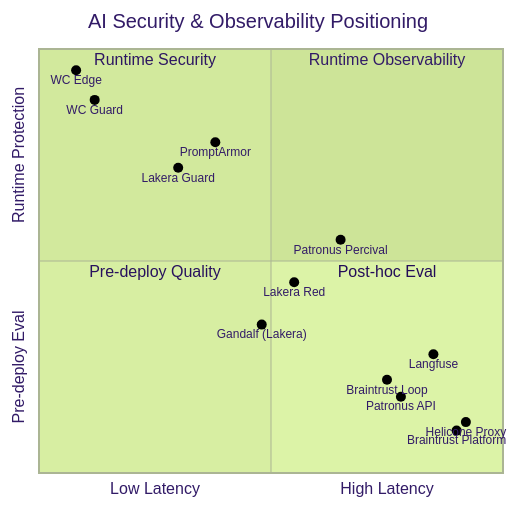
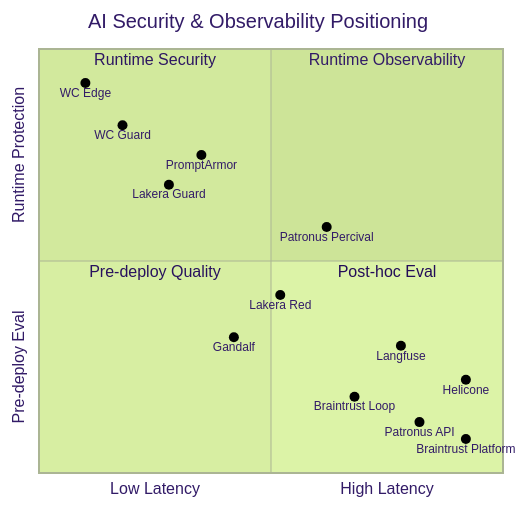
The fourth of 10 diagrams in presentation/white_circle_prezi.md (frankterpo/mermaidchart_prezi), drawn with Mermaid (forest theme) before and after one commit. The commit also changed other lines of this file and 1 other file, not shown here.

Commit message:
fix quadrant chart: CSS height constraint instead of transform scale
- Mermaid SVG now constrained to 400px height (actual layout, not
  visual transform) so it fits within reveal.js viewport
- Spread product coordinates to reduce label overlap
- Added callout explaining WC positioning vs competitors
- Fixed priority scores: Regulated Industry AI 95 > Enterprise 90 >
  Consumer GenAI 85 (risk drives WTP for security product)

````diff
--- a/presentation/white_circle_prezi.md
+++ b/presentation/white_circle_prezi.md
@@ -258,22 +258,22 @@
 ```mermaid
 quadrantChart
     title AI Security & Observability Positioning
-    x-axis Low Latency --> High Latency
-    y-axis Pre-deploy Eval --> Runtime Protection
+    x-axis "Low Latency" --> "High Latency"
+    y-axis "Pre-deploy Eval" --> "Runtime Protection"
     quadrant-1 Runtime Observability
     quadrant-2 Runtime Security
     quadrant-3 Pre-deploy Quality
     quadrant-4 Post-hoc Eval
-    "WC Guard": [0.12, 0.88]
-    "WC Edge": [0.08, 0.95]
-    "Lakera Guard": [0.30, 0.72]
-    "Lakera Red": [0.55, 0.45]
-    "PromptArmor": [0.38, 0.78]
-    "Helicone Proxy": [0.92, 0.12]
-    "Langfuse": [0.85, 0.28]
-    "Braintrust Platform": [0.90, 0.10]
-    "Braintrust Loop": [0.75, 0.22]
-    "Patronus API": [0.78, 0.18]
-    "Patronus Percival": [0.65, 0.55]
-    "Gandalf (Lakera)": [0.48, 0.35]
+    WC Edge: [0.10, 0.92]
+    WC Guard: [0.18, 0.82]
+    PromptArmor: [0.35, 0.75]
+    Lakera Guard: [0.28, 0.68]
+    Patronus Percival: [0.62, 0.58]
+    Lakera Red: [0.52, 0.42]
+    Gandalf: [0.42, 0.32]
+    Langfuse: [0.78, 0.30]
+    Braintrust Loop: [0.68, 0.18]
+    Patronus API: [0.82, 0.12]
+    Helicone: [0.92, 0.22]
+    Braintrust Platform: [0.92, 0.08]
 ```
````
